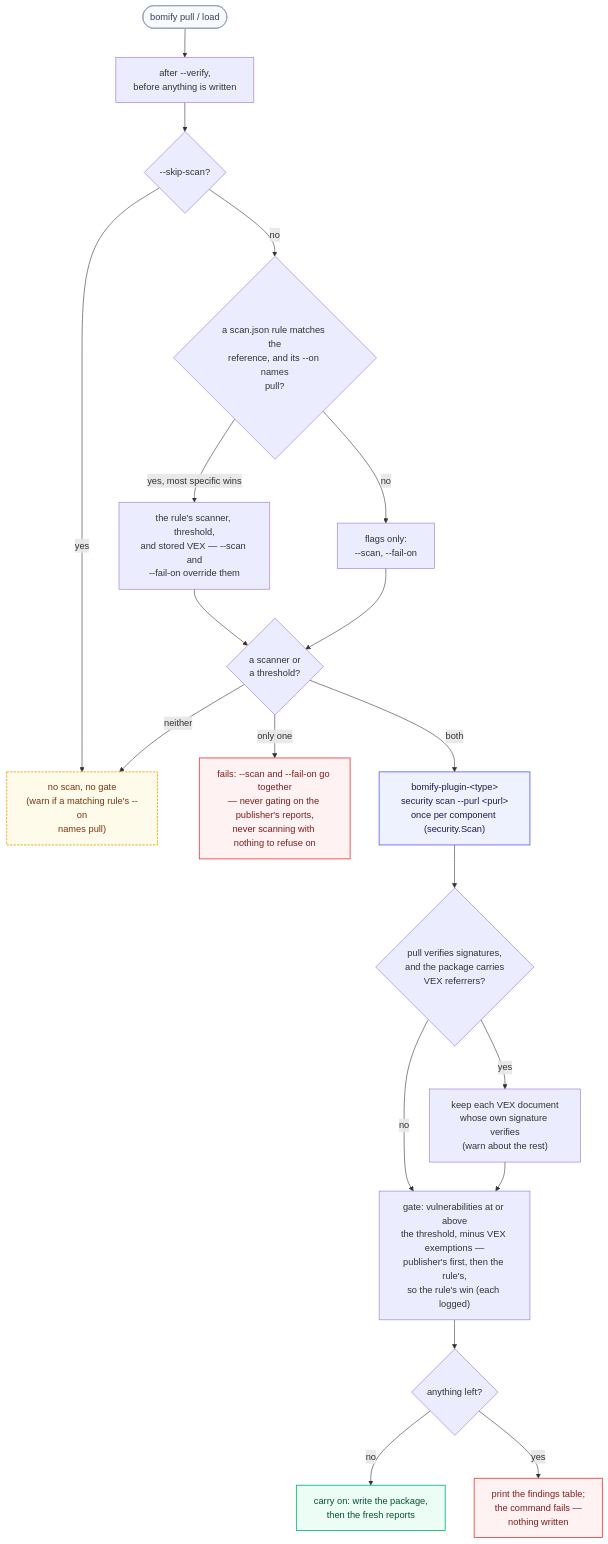
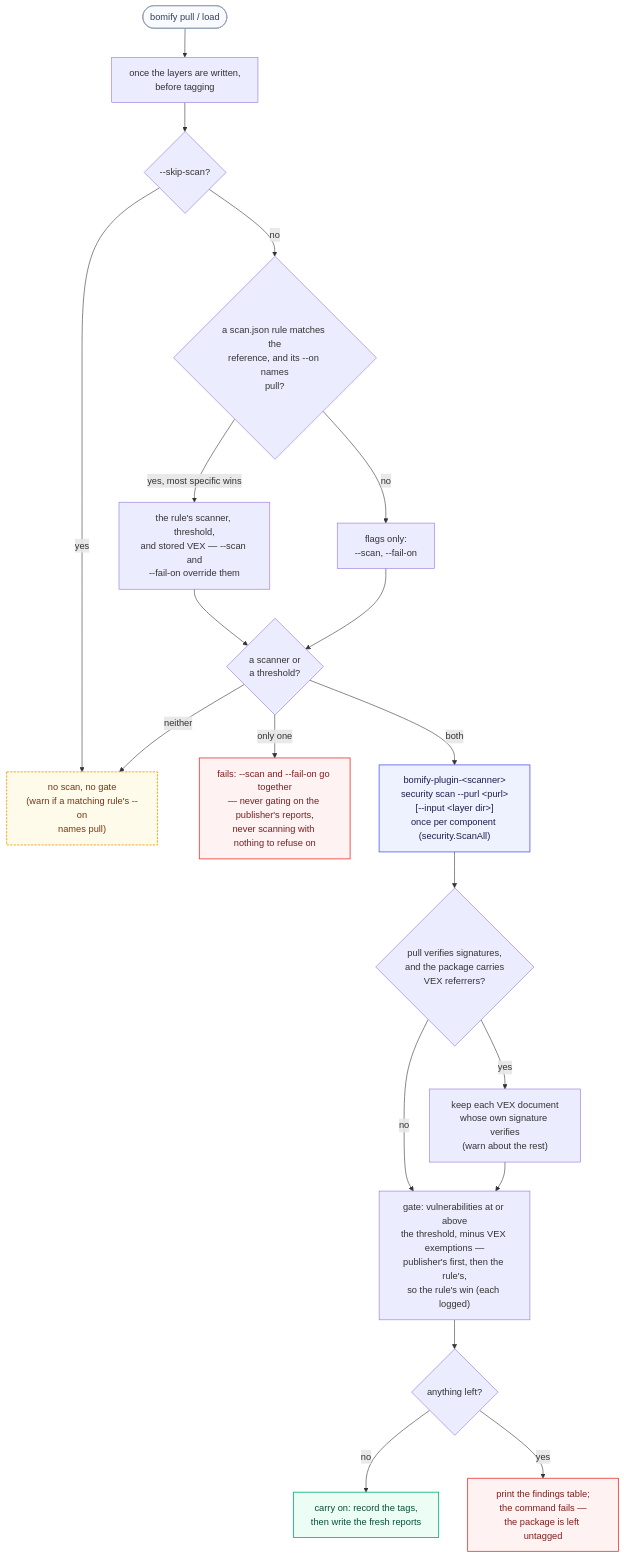
Before and after one commit to alejandro-velasco/bomify: the diagram in docs/diagrams/scanning.mmd, drawn with Mermaid. The commit also changed 44 other files, not shown here.

First line of the commit message:
feat(security)!: scan components from their pulled files (#74)

```diff
--- a/docs/diagrams/scanning.mmd
+++ b/docs/diagrams/scanning.mmd
@@ -1,38 +1,38 @@
 flowchart TD
     classDef source fill:#F8FAFF,stroke:#94A3B8,stroke-width:1.5px,color:#334155
     classDef plugin fill:#EEF2FF,stroke:#6366F1,stroke-width:1.5px,color:#1e1b4b
     classDef ok fill:#ECFDF5,stroke:#10B981,stroke-width:1.5px,color:#064e3b
     classDef failed fill:#FEF2F2,stroke:#EF4444,stroke-width:1.5px,color:#7f1d1d
     classDef skipped fill:#FFFBEB,stroke:#F59E0B,stroke-width:1.5px,stroke-dasharray:4 2,color:#78350f
 
-    Start(["bomify pull / load"]) --> When["after --verify,<br/>before anything is written"]
+    Start(["bomify pull / load"]) --> When["once the layers are written,<br/>before tagging"]
     When --> Skip{"--skip-scan?"}
 
     Skip -->|"yes"| NoScan["no scan, no gate<br/>(warn if a matching rule's --on<br/>names pull)"]
     Skip -->|"no"| Rule{"a scan.json rule matches the<br/>reference, and its --on names<br/>pull?"}
 
     Rule -->|"yes, most specific wins"| UseRule["the rule's scanner, threshold,<br/>and stored VEX — --scan and<br/>--fail-on override them"]
     Rule -->|"no"| UseFlags["flags only:<br/>--scan, --fail-on"]
 
     UseRule --> Active{"a scanner or<br/>a threshold?"}
     UseFlags --> Active
 
     Active -->|"neither"| NoScan
     Active -->|"only one"| NeedBoth["fails: --scan and --fail-on go together<br/>— never gating on the publisher's reports,<br/>never scanning with nothing to refuse on"]
-    Active -->|"both"| PluginScan["bomify-plugin-&lt;type&gt;<br/>security scan --purl &lt;purl&gt;<br/>once per component (security.Scan)"]
+    Active -->|"both"| PluginScan["bomify-plugin-&lt;scanner&gt;<br/>security scan --purl &lt;purl&gt;<br/>[--input &lt;layer dir&gt;]<br/>once per component (security.ScanAll)"]
 
     PluginScan --> PubVEX{"pull verifies signatures,<br/>and the package carries<br/>VEX referrers?"}
     PubVEX -->|"yes"| Verified["keep each VEX document<br/>whose own signature verifies<br/>(warn about the rest)"]
     PubVEX -->|"no"| Gate
     Verified --> Gate["gate: vulnerabilities at or above<br/>the threshold, minus VEX exemptions —<br/>publisher's first, then the rule's,<br/>so the rule's win (each logged)"]
 
     Gate --> Left{"anything left?"}
 
-    Left -->|"no"| Continue["carry on: write the package,<br/>then the fresh reports"]
-    Left -->|"yes"| Failed["print the findings table;<br/>the command fails —<br/>nothing written"]
+    Left -->|"no"| Continue["carry on: record the tags,<br/>then write the fresh reports"]
+    Left -->|"yes"| Failed["print the findings table;<br/>the command fails —<br/>the package is left untagged"]
 
     class Start source
     class PluginScan plugin
     class Continue ok
     class Failed,NeedBoth failed
     class NoScan skipped
```
